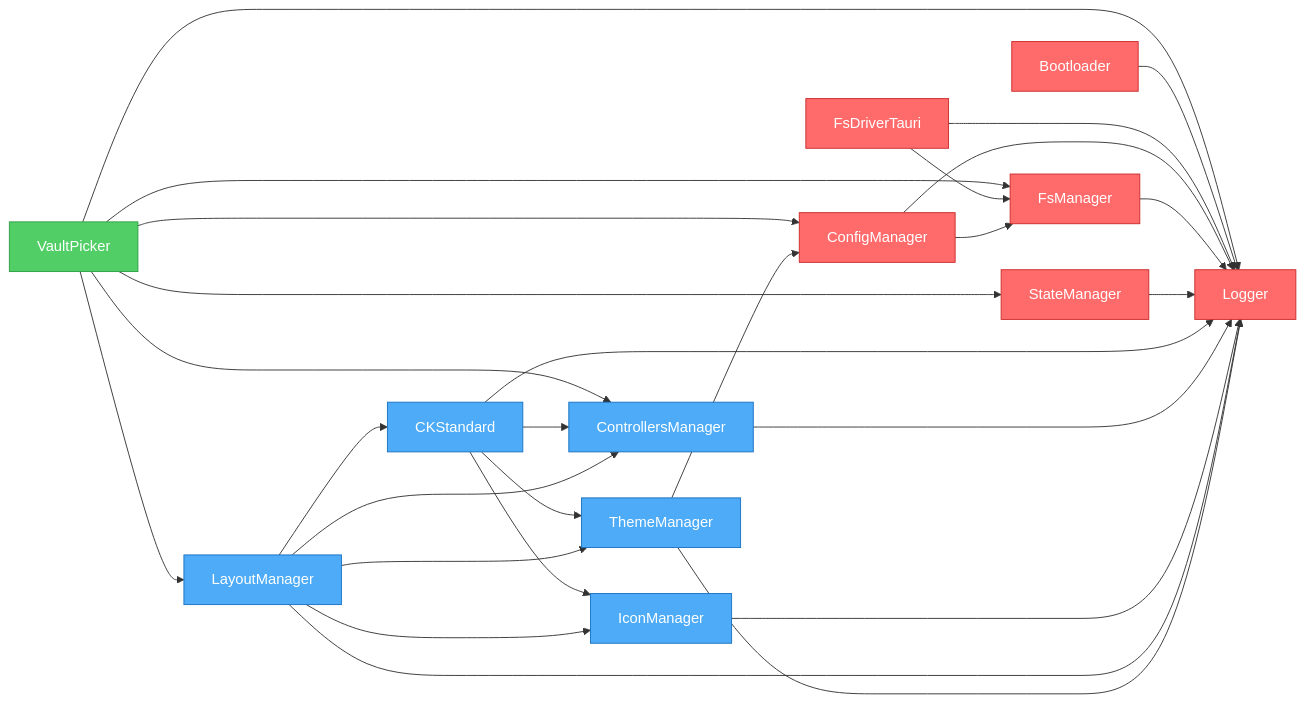
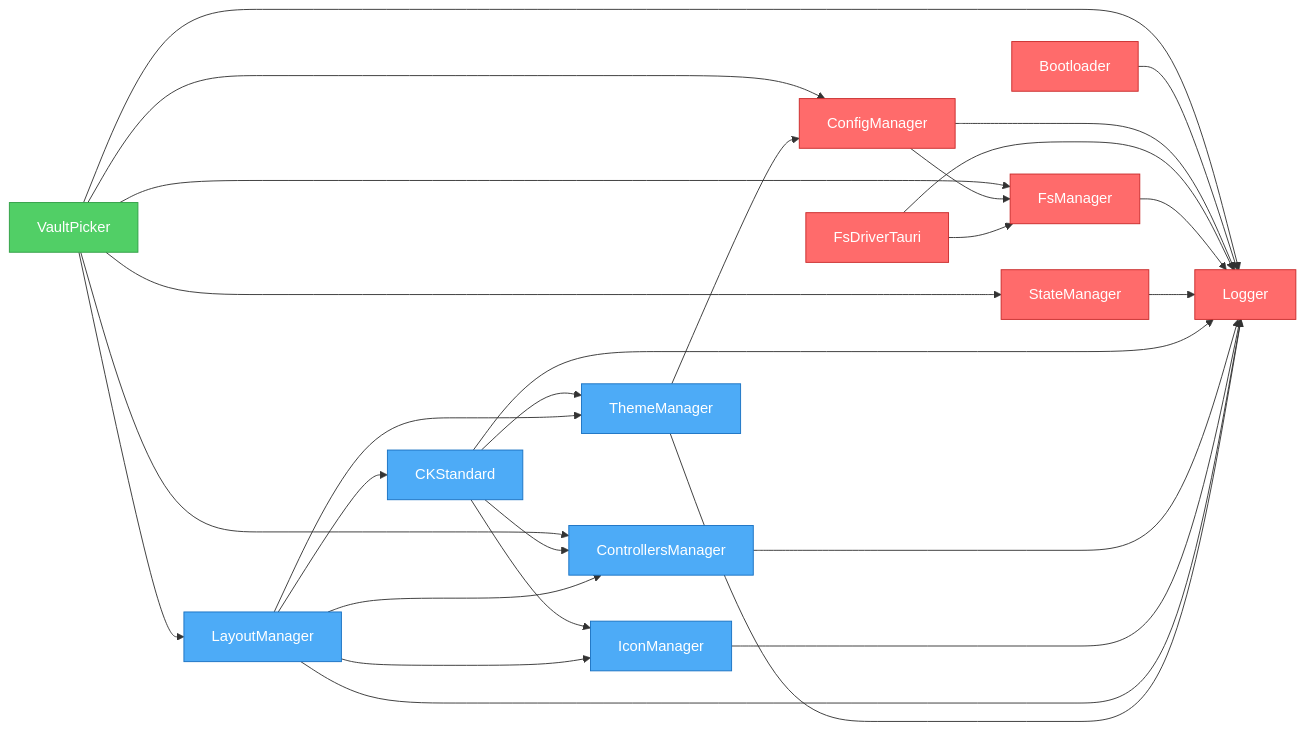
One commit to khton-tech/notehub.md changed the diagram in artifacts/graph.mmd. Above: the diagram before and after it, drawn with Mermaid. The commit also changed 2 other files, not shown here.

Commit message:
feat: Introduce a new dialog manager plugin providing custom UI dialogs, new UI components, and a vault picker feature.

```diff
--- a/artifacts/graph.mmd
+++ b/artifacts/graph.mmd
@@ -1,47 +1,47 @@
 flowchart LR
     nh_features_vault-picker["VaultPicker"]
     nh_system_bootloader["Bootloader"]
+    nh_system_config-manager["ConfigManager"]
     nh_system_fs-driver-tauri["FsDriverTauri"]
-    nh_system_config-manager["ConfigManager"]
     nh_system_fs-manager["FsManager"]
     nh_system_logger["Logger"]
     nh_system_state-manager["StateManager"]
     nh_ui_ck-standard["CKStandard"]
     nh_ui_controllers-manager["ControllersManager"]
     nh_ui_icon-manager["IconManager"]
     nh_ui_layout-manager["LayoutManager"]
     nh_ui_theme-manager["ThemeManager"]
     nh_features_vault-picker --> nh_system_fs-manager
     nh_features_vault-picker --> nh_system_config-manager
     nh_features_vault-picker --> nh_system_state-manager
     nh_features_vault-picker --> nh_system_logger
     nh_features_vault-picker --> nh_ui_controllers-manager
     nh_features_vault-picker --> nh_ui_layout-manager
     nh_system_bootloader --> nh_system_logger
+    nh_system_config-manager --> nh_system_logger
+    nh_system_config-manager --> nh_system_fs-manager
     nh_system_fs-driver-tauri --> nh_system_logger
     nh_system_fs-driver-tauri --> nh_system_fs-manager
-    nh_system_config-manager --> nh_system_logger
-    nh_system_config-manager --> nh_system_fs-manager
     nh_system_fs-manager --> nh_system_logger
     nh_system_state-manager --> nh_system_logger
     nh_ui_ck-standard --> nh_system_logger
     nh_ui_ck-standard --> nh_ui_controllers-manager
     nh_ui_ck-standard --> nh_ui_icon-manager
     nh_ui_ck-standard --> nh_ui_theme-manager
     nh_ui_controllers-manager --> nh_system_logger
     nh_ui_icon-manager --> nh_system_logger
     nh_ui_layout-manager --> nh_system_logger
     nh_ui_layout-manager --> nh_ui_theme-manager
     nh_ui_layout-manager --> nh_ui_icon-manager
     nh_ui_layout-manager --> nh_ui_controllers-manager
     nh_ui_layout-manager --> nh_ui_ck-standard
     nh_ui_theme-manager --> nh_system_logger
     nh_ui_theme-manager --> nh_system_config-manager
 
     %% Styles
     classDef system fill:#ff6b6b,stroke:#c92a2a,color:#fff
     classDef ui fill:#4dabf7,stroke:#1971c2,color:#fff
     classDef feature fill:#51cf66,stroke:#2f9e44,color:#fff
     class nh_features_vault-picker feature
-    class nh_system_bootloader,nh_system_fs-driver-tauri,nh_system_config-manager,nh_system_fs-manager,nh_system_logger,nh_system_state-manager system
+    class nh_system_bootloader,nh_system_config-manager,nh_system_fs-driver-tauri,nh_system_fs-manager,nh_system_logger,nh_system_state-manager system
     class nh_ui_ck-standard,nh_ui_controllers-manager,nh_ui_icon-manager,nh_ui_layout-manager,nh_ui_theme-manager ui
```
